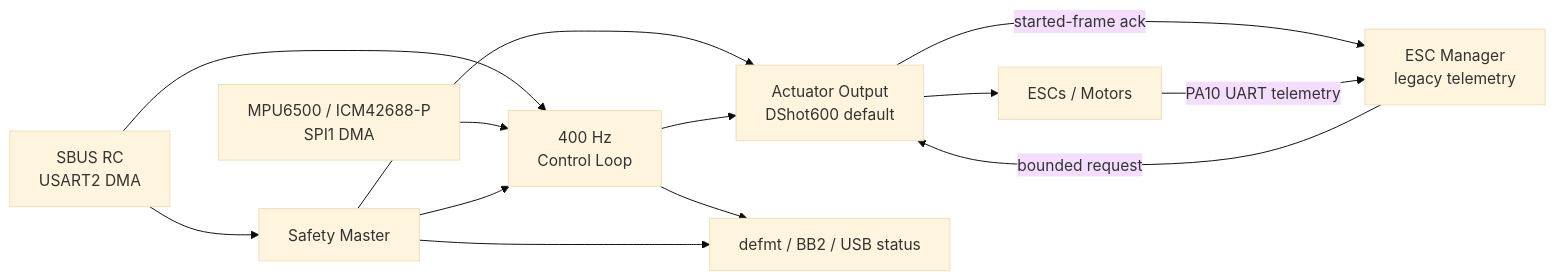
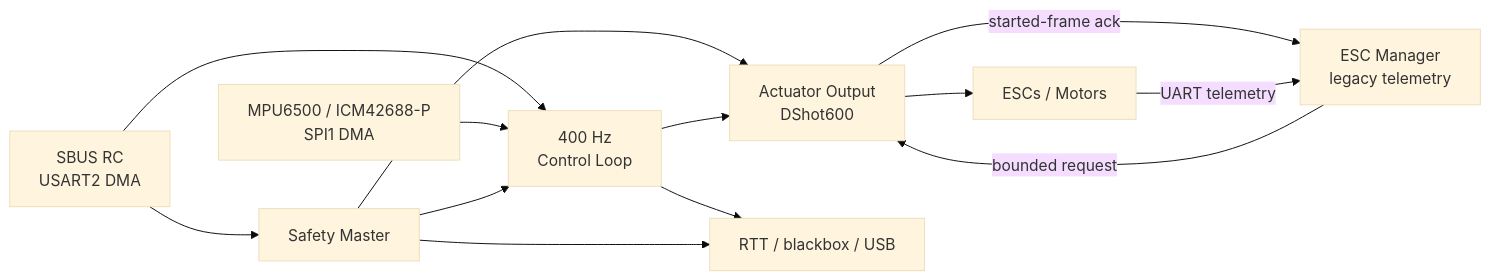
The diagram in mdbook/src/chapter_1.md (Eirik2020/ferro-wasp), drawn with Mermaid (base theme) before and after one commit. The commit also changed other lines of this file and 30 other files, not shown here.

````diff
--- a/mdbook/src/chapter_1.md
+++ b/mdbook/src/chapter_1.md
@@ -79,24 +24,24 @@
 ```mermaid
 flowchart LR
     rc[SBUS RC<br/>USART2 DMA]
     imu[MPU6500 / ICM42688-P<br/>SPI1 DMA]
     safety[Safety Master]
     control[400 Hz<br/>Control Loop]
     escmgr[ESC Manager<br/>legacy telemetry]
-    actuator[Actuator Output<br/>DShot600 default]
+    actuator[Actuator Output<br/>DShot600]
     motors[ESCs / Motors]
-    debug[defmt / BB2 / USB status]
+    debug[RTT / blackbox / USB]
 
     rc --> safety
     rc --> control
     imu --> control
     safety --> actuator
     safety --> control
     control --> actuator
     actuator --> motors
     escmgr -->|bounded request| actuator
     actuator -->|started-frame ack| escmgr
-    motors -->|PA10 UART telemetry| escmgr
+    motors -->|UART telemetry| escmgr
     control --> debug
     safety --> debug
 ```
````
